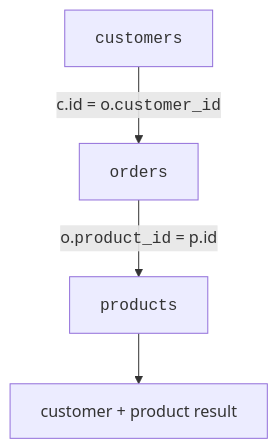
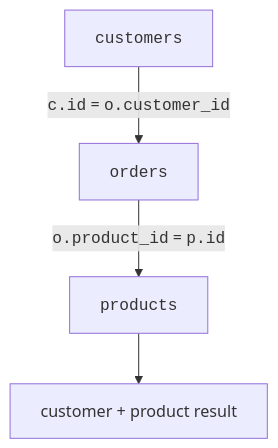
The fourth of 4 diagrams in content/courses/sqlite-for-beginners/inner-joins.mdx (dataslope/dataslope), drawn with Mermaid before and after one commit. The commit also changed 65 other files, not shown here.

First line of the commit message:
Set code in every mermaid label in the mono face

````diff
--- a/content/courses/sqlite-for-beginners/inner-joins.mdx
+++ b/content/courses/sqlite-for-beginners/inner-joins.mdx
@@ -268,6 +268,6 @@
 ```mermaid
 flowchart TD
-    C["<code>customers</code>"] -->|"c.id = o.<code>customer_id</code>"| O["<code>orders</code>"]
-    O -->|"o.<code>product_id</code> = p.id"| P["<code>products</code>"]
+    C["<code>customers</code>"] -->|"<code>c.id</code> = <code>o.customer_id</code>"| O["<code>orders</code>"]
+    O -->|"<code>o.product_id</code> = <code>p.id</code>"| P["<code>products</code>"]
     P --> R["customer + product result"]
 ```
````
